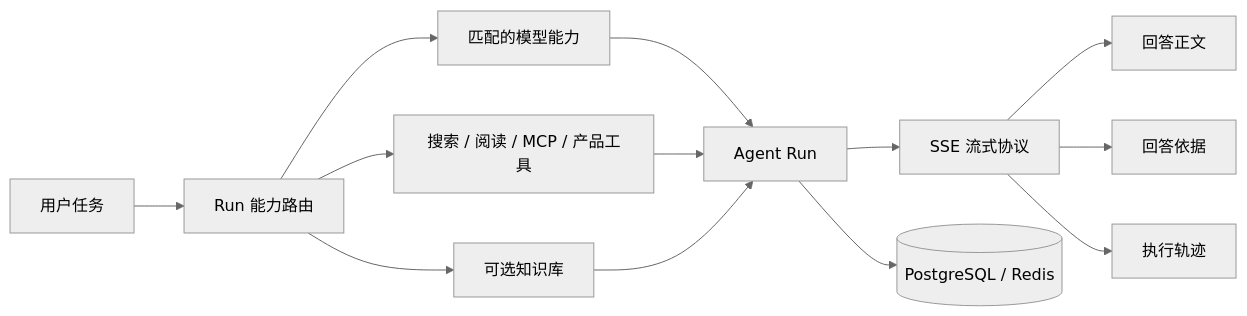
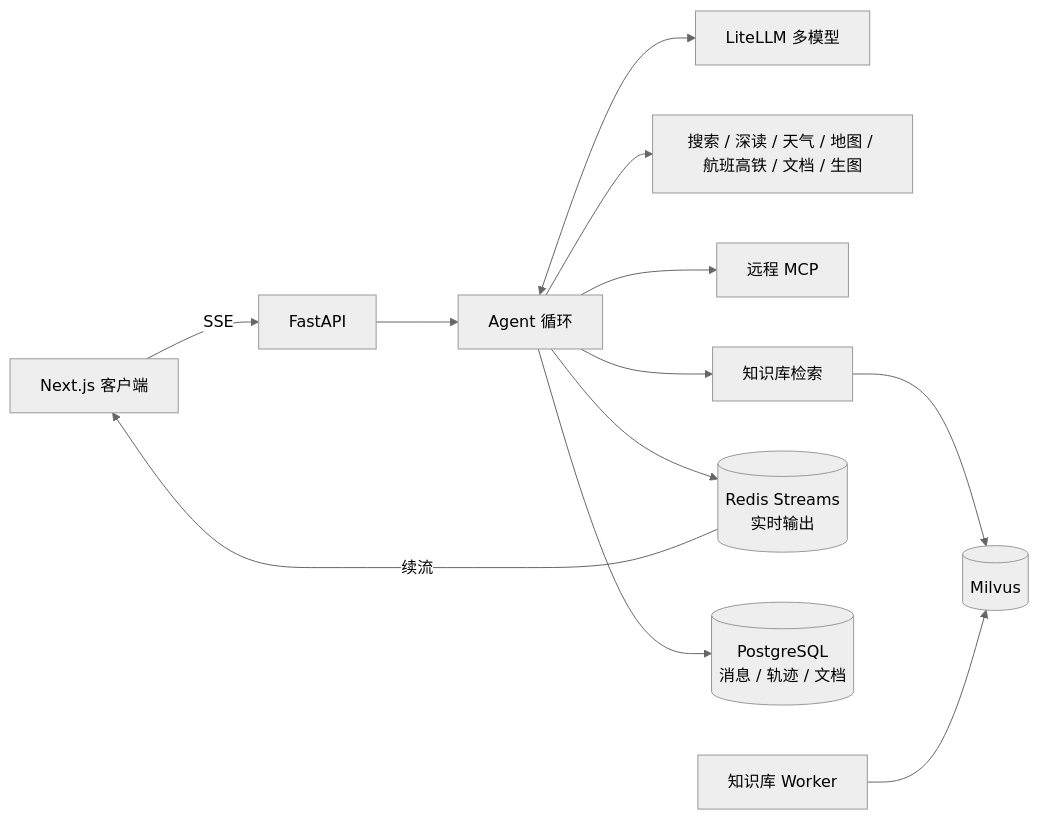
Before and after one commit to HyxiaoGe/fusion: the diagram in README.md, drawn with Mermaid (neutral theme). The commit also changed other lines of this file and 7 other files, not shown here.

First line of the commit message:
docs: README 改为作品集名片，换用 dev 真实截图

````diff
--- a/README.md
+++ b/README.md
@@ -45,15 +90,14 @@
 ```mermaid
 flowchart LR
-    User[用户任务] --> Router[Run 能力路由]
-    Router --> Model[匹配的模型能力]
-    Router --> Tools[搜索 / 阅读 / MCP / 产品工具]
-    Router --> Knowledge[可选知识库]
-    Model --> Agent[Agent Run]
-    Tools --> Agent
-    Knowledge --> Agent
-    Agent --> Stream[SSE 流式协议]
-    Stream --> Chat[回答正文]
-    Stream --> Evidence[回答依据]
-    Stream --> Trajectory[执行轨迹]
-    Agent --> State[(PostgreSQL / Redis)]
+    UI[Next.js 客户端] -- SSE --> API[FastAPI]
+    API --> Loop[Agent 循环]
+    Loop <--> LLM[LiteLLM 多模型]
+    Loop --> Tools[搜索 / 深读 / 天气 / 地图 / 航班高铁 / 文档 / 生图]
+    Loop --> MCP[远程 MCP]
+    Loop --> KB[知识库检索]
+    Loop --> Redis[(Redis Streams<br/>实时输出)]
+    Loop --> PG[(PostgreSQL<br/>消息 / 轨迹 / 文档)]
+    KB --> Milvus[(Milvus)]
+    Worker[知识库 Worker] --> Milvus
+    Redis -- 续流 --> UI
 ```
````
